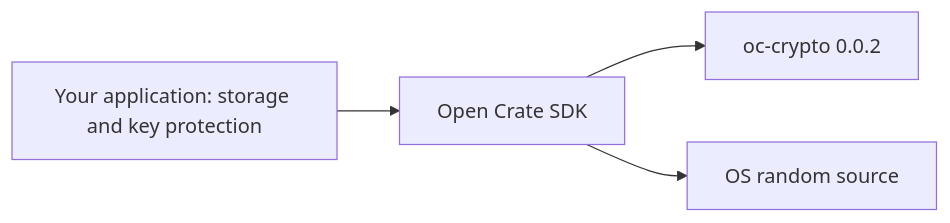
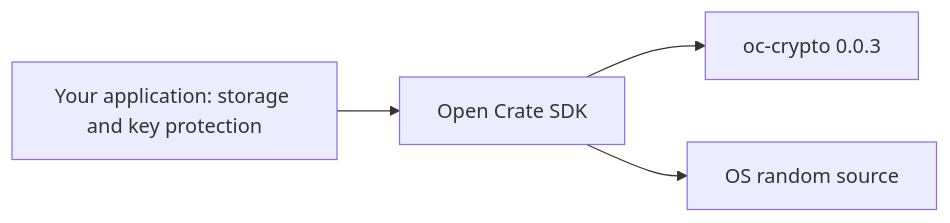
One commit to AlexiAxAxA/OpenCrateSDK changed the diagram in docs/architecture.md. Above: the diagram before and after it, drawn with Mermaid. The commit also changed other lines of this file and 22 other files, not shown here.

````diff
--- a/docs/architecture.md
+++ b/docs/architecture.md
@@ -15,6 +15,6 @@
 ```mermaid
 flowchart LR
   App[Your application: storage and key protection] --> SDK[Open Crate SDK]
-  SDK --> Core[oc-crypto 0.0.2]
+  SDK --> Core[oc-crypto 0.0.3]
   SDK --> OS[OS random source]
 ```
````
